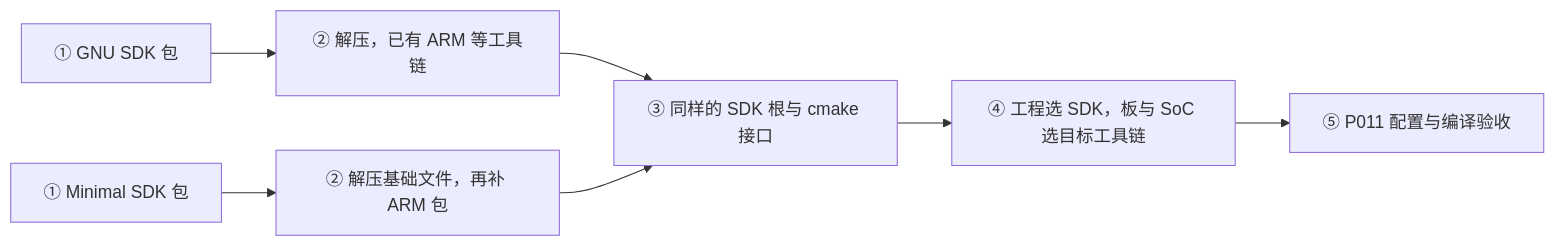
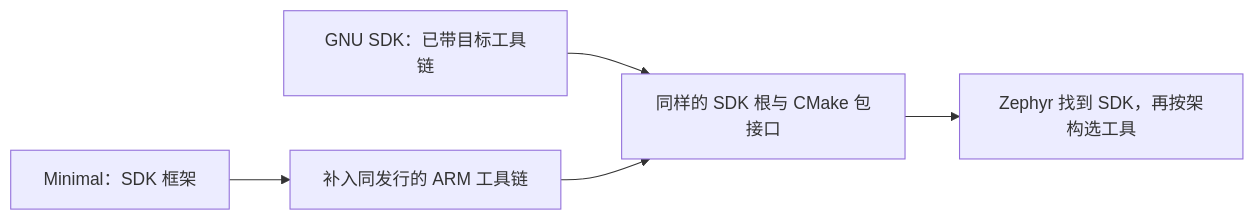
Before and after one commit to FormingSystem/zephyr_hc32f4a0: the second of 4 diagrams in learning/P01_zephyr_make_project/P003_SDK准备与编译器选型_Windows.md, drawn with Mermaid. The commit also changed other lines of this file and 466 other files, not shown here.

````diff
--- a/learning/P01_zephyr_make_project/P003_SDK准备与编译器选型_Windows.md
+++ b/learning/P01_zephyr_make_project/P003_SDK准备与编译器选型_Windows.md
@@ -161,9 +71,7 @@
 ```mermaid
 flowchart LR
-    G["① GNU SDK 包"] --> G2["② 解压，已有 ARM 等工具链"]
-    M["① Minimal SDK 包"] --> M2["② 解压基础文件，再补 ARM 包"]
-    G2 --> S["③ 同样的 SDK 根与 cmake 接口"]
-    M2 --> S
-    S --> P["④ 工程选 SDK，板与 SoC 选目标工具链"]
-    P --> V["⑤ P011 配置与编译验收"]
+    G["GNU SDK：已带目标工具链"] --> S["同样的 SDK 根与 CMake 包接口"]
+    M["Minimal：SDK 框架"] --> A["补入同发行的 ARM 工具链"]
+    A --> S
+    S --> Z["Zephyr 找到 SDK，再按架构选工具"]
 ```
````
